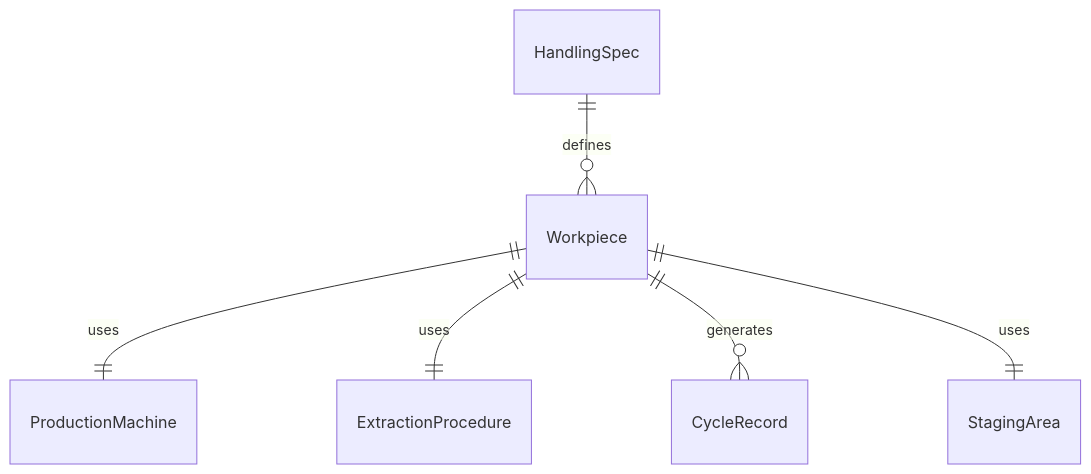
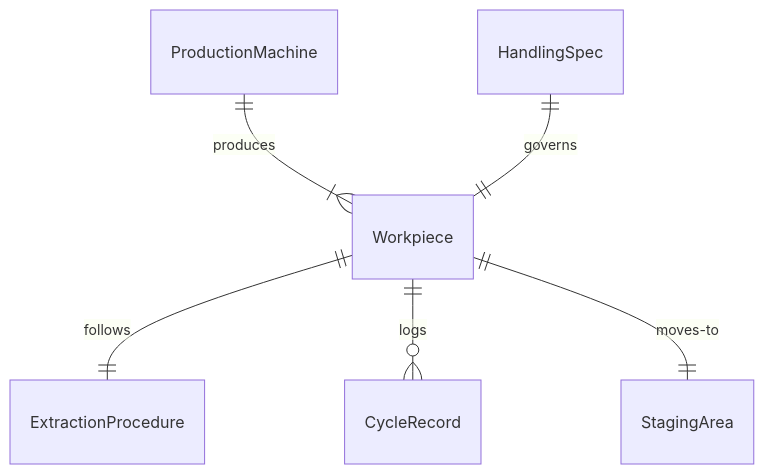
One commit to dot-org-ai/tasks.org.ai changed the first of 4 diagrams in HandlingAndMovingObjects/RemoveWorkpiecesFromProductionEquipment/RemoveProductsWorkpiecesProductionEquipment.mdx. Above: the diagram before and after it, drawn with Mermaid. The commit also changed other lines of this file and 515 other files, not shown here.

````diff
--- a/HandlingAndMovingObjects/RemoveWorkpiecesFromProductionEquipment/RemoveProductsWorkpiecesProductionEquipment.mdx
+++ b/HandlingAndMovingObjects/RemoveWorkpiecesFromProductionEquipment/RemoveProductsWorkpiecesProductionEquipment.mdx
@@ -88,8 +88,8 @@
 ```mermaid
 erDiagram
-    Workpiece ||--|| ProductionMachine : "uses"
-    Workpiece ||--|| ExtractionProcedure : "uses"
-    Workpiece ||--o{ CycleRecord : "generates"
-    Workpiece ||--|| StagingArea : "uses"
-    HandlingSpec ||--o{ Workpiece : "defines"
+    ProductionMachine ||--|{ Workpiece : "produces"
+    Workpiece ||--|| ExtractionProcedure : "follows"
+    Workpiece ||--o{ CycleRecord : "logs"
+    Workpiece ||--|| StagingArea : "moves-to"
+    HandlingSpec ||--|| Workpiece : "governs"
 ```
````
